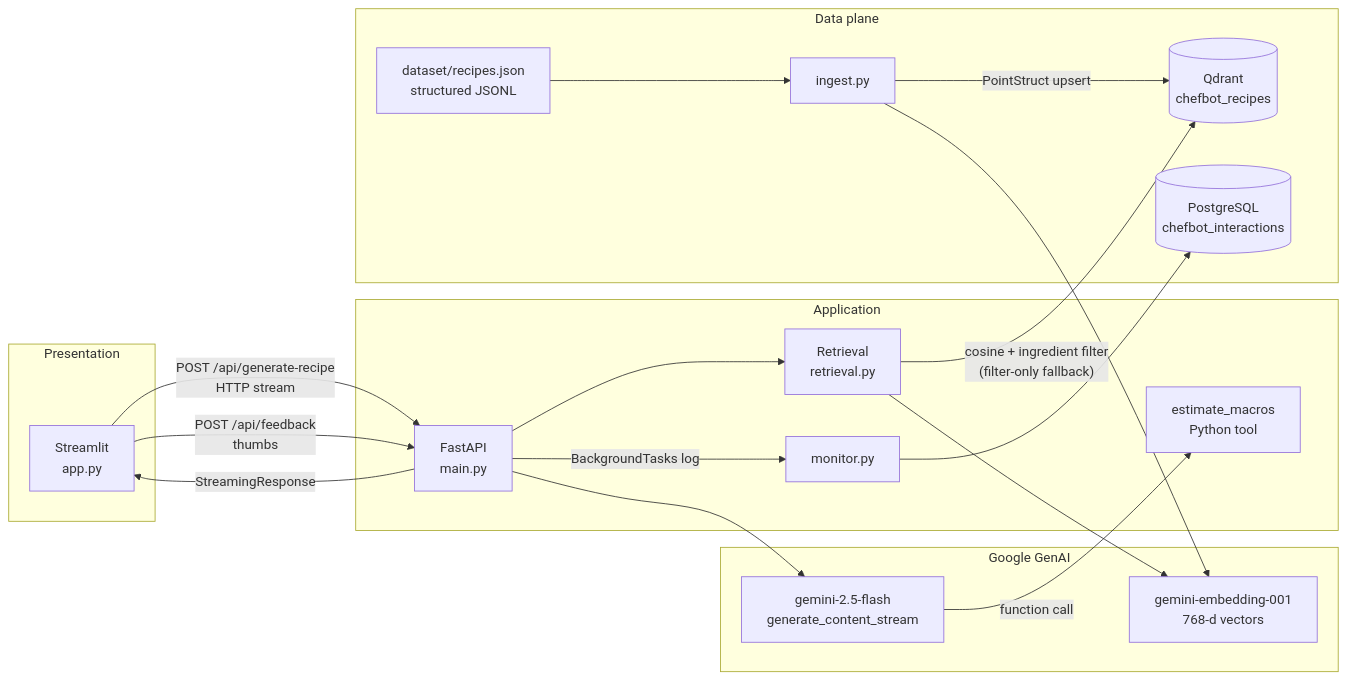
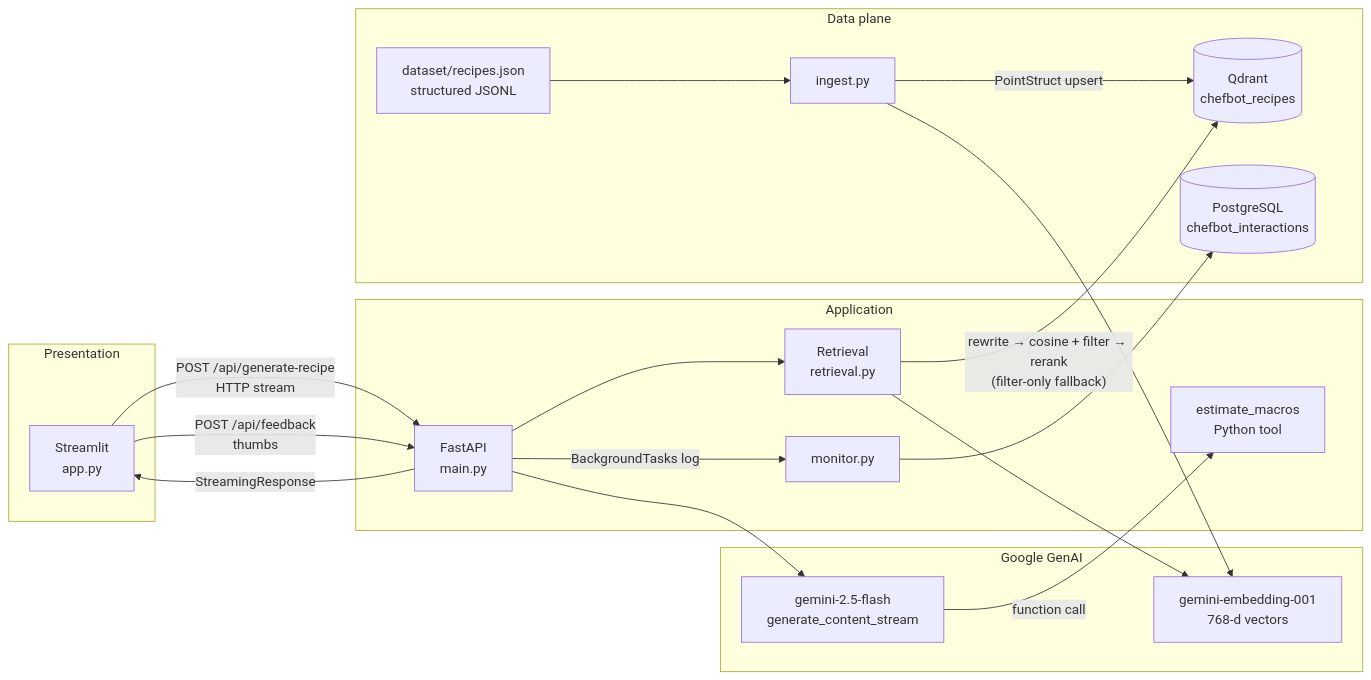
Before and after one commit to EmmanuelM0147/ChefBot-AI: the diagram in README.md, drawn with Mermaid. The commit also changed other lines of this file and 25 other files, not shown here.

````diff
--- a/README.md
+++ b/README.md
@@ -11,39 +11,39 @@
 ```mermaid
 flowchart LR
   subgraph UI["Presentation"]
     ST["Streamlit<br/>app.py"]
   end
 
   subgraph API["Application"]
     FA["FastAPI<br/>main.py"]
     RT["Retrieval<br/>retrieval.py"]
     TOOL["estimate_macros<br/>Python tool"]
     MON["monitor.py"]
   end
 
   subgraph AI["Google GenAI"]
     EMB["gemini-embedding-001<br/>768-d vectors"]
     GEN["gemini-2.5-flash<br/>generate_content_stream"]
   end
 
   subgraph Data["Data plane"]
     JSON["dataset/recipes.json<br/>structured JSONL"]
     ING["ingest.py"]
     QD[("Qdrant<br/>chefbot_recipes")]
     PG[("PostgreSQL<br/>chefbot_interactions")]
   end
 
   ST -->|"POST /api/generate-recipe<br/>HTTP stream"| FA
   ST -->|"POST /api/feedback<br/>thumbs"| FA
   FA --> RT
   RT --> EMB
-  RT -->|"cosine + ingredient filter<br/>(filter-only fallback)"| QD
+  RT -->|"rewrite → cosine + filter → rerank<br/>(filter-only fallback)"| QD
   FA --> GEN
   GEN -->|"function call"| TOOL
   FA -->|"StreamingResponse"| ST
   FA -->|"BackgroundTasks log"| MON
   MON --> PG
   JSON --> ING
   ING --> EMB
   ING -->|"PointStruct upsert"| QD
 ```
````
